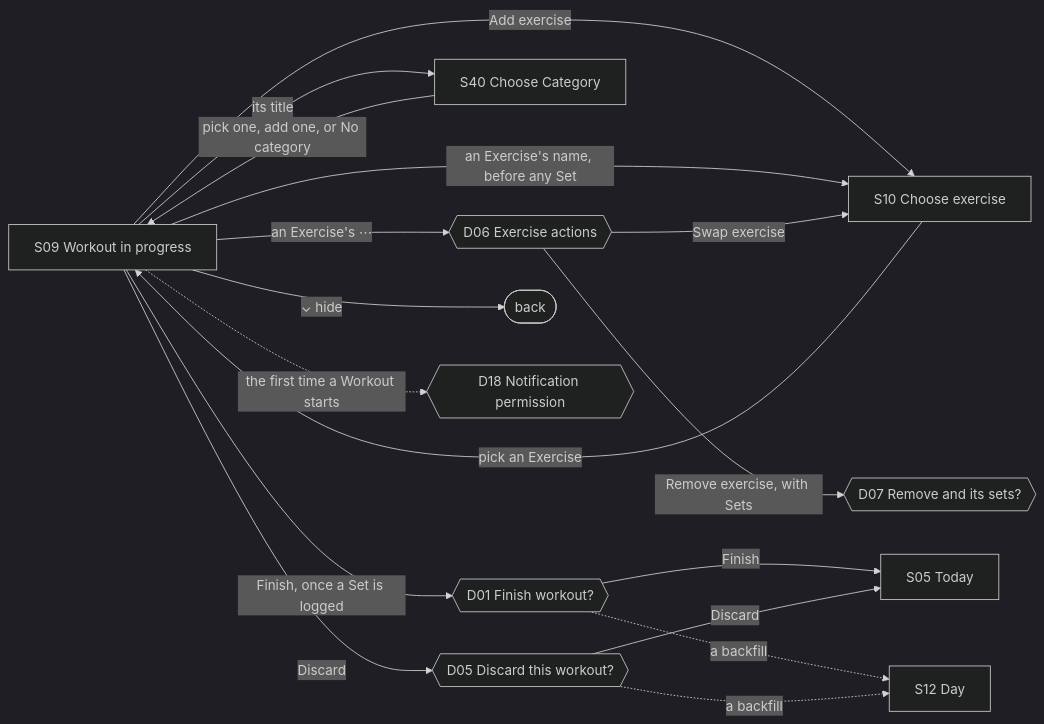
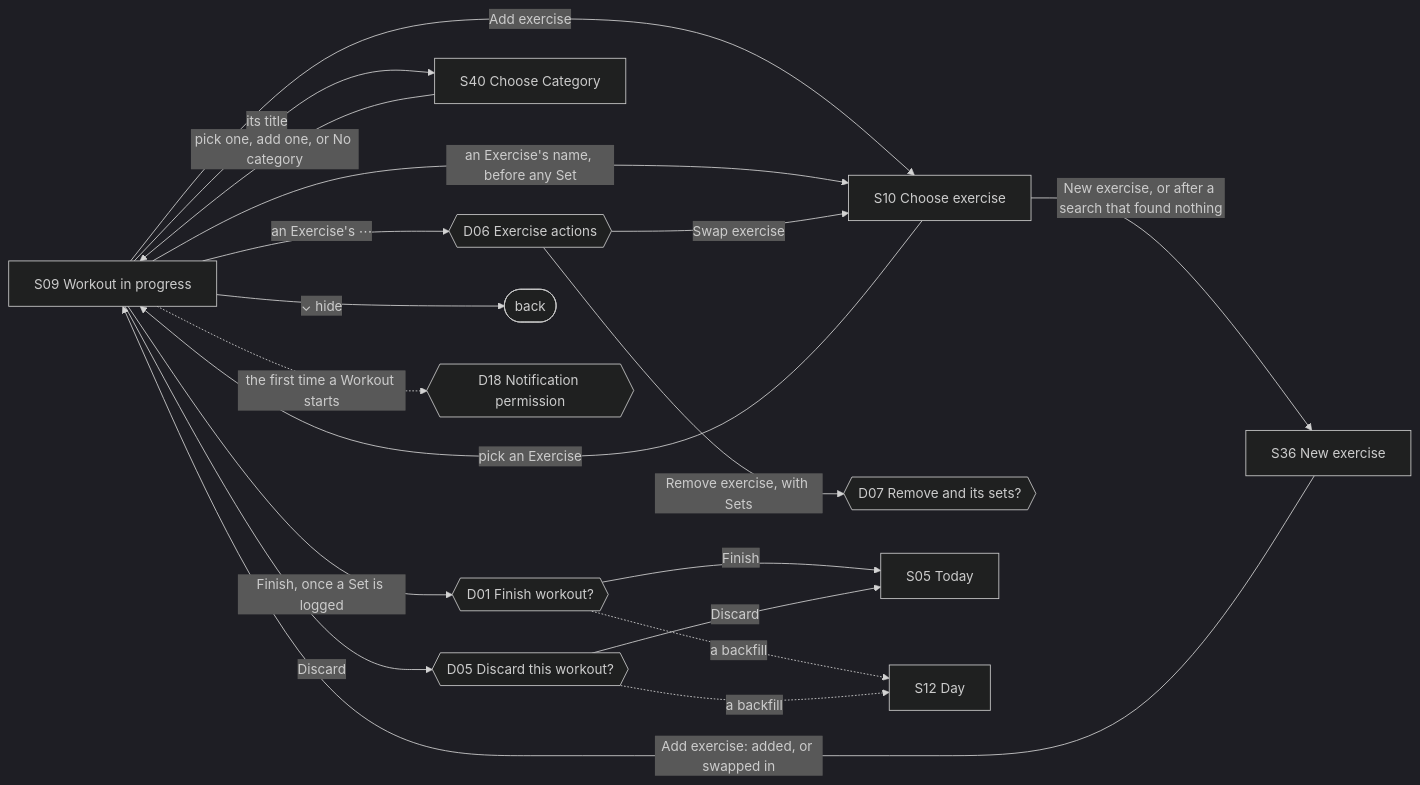
The third of 9 diagrams in docs/user-flows.md (kwanlokto/greater-than-zero), drawn with Mermaid (dark theme) before and after one commit. The commit also changed other lines of this file and 3 other files, not shown here.

````diff
--- a/docs/user-flows.md
+++ b/docs/user-flows.md
@@ -123,19 +123,21 @@
 ```mermaid
 flowchart LR
   S09["S09 Workout in progress"] -->|Add exercise| S10["S10 Choose exercise"]
   S09 -->|an Exercise's name, before any Set| S10
   S09 -->|an Exercise's ⋯| D06{{"D06 Exercise actions"}}
   D06 -->|Swap exercise| S10
   D06 -->|Remove exercise, with Sets| D07{{"D07 Remove and its sets?"}}
   S10 -->|pick an Exercise| S09
+  S10 -->|New exercise, or after a search that found nothing| S36["S36 New exercise"]
+  S36 -->|Add exercise: added, or swapped in| S09
   S09 -->|its title| S40["S40 Choose Category"]
   S40 -->|pick one, add one, or No category| S09
   S09 -->|Finish, once a Set is logged| D01{{"D01 Finish workout?"}}
   S09 -->|Discard| D05{{"D05 Discard this workout?"}}
   D01 -->|Finish| S05["S05 Today"]
   D05 -->|Discard| S05
   D01 -.->|a backfill| S12["S12 Day"]
   D05 -.->|a backfill| S12
   S09 -->|⌄ hide| back(["back"])
   S09 -.->|the first time a Workout starts| D18{{"D18 Notification permission"}}
 ```
````
